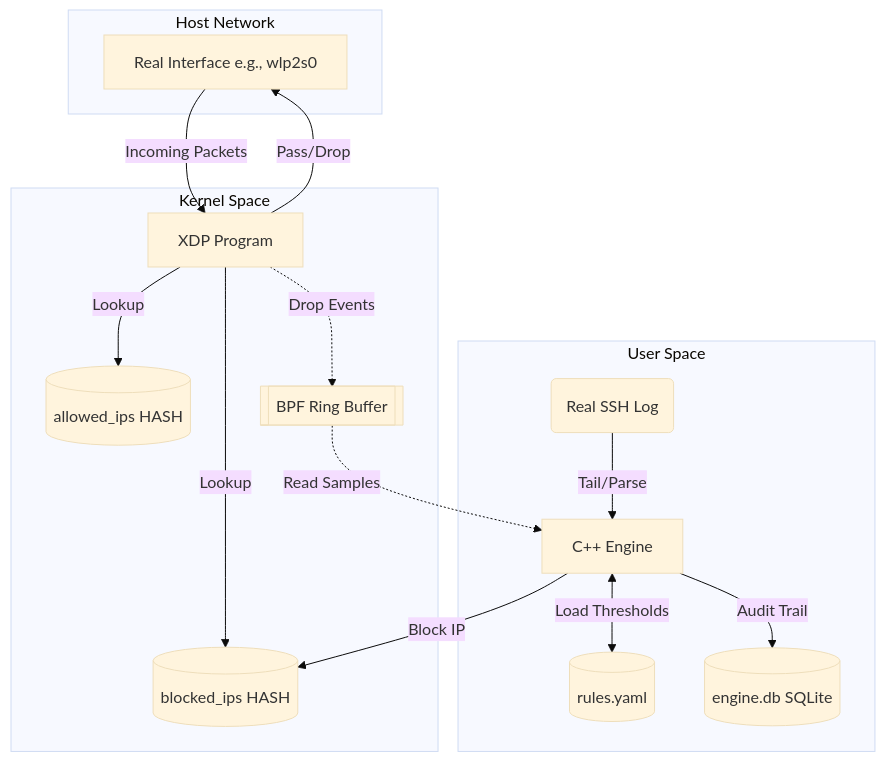
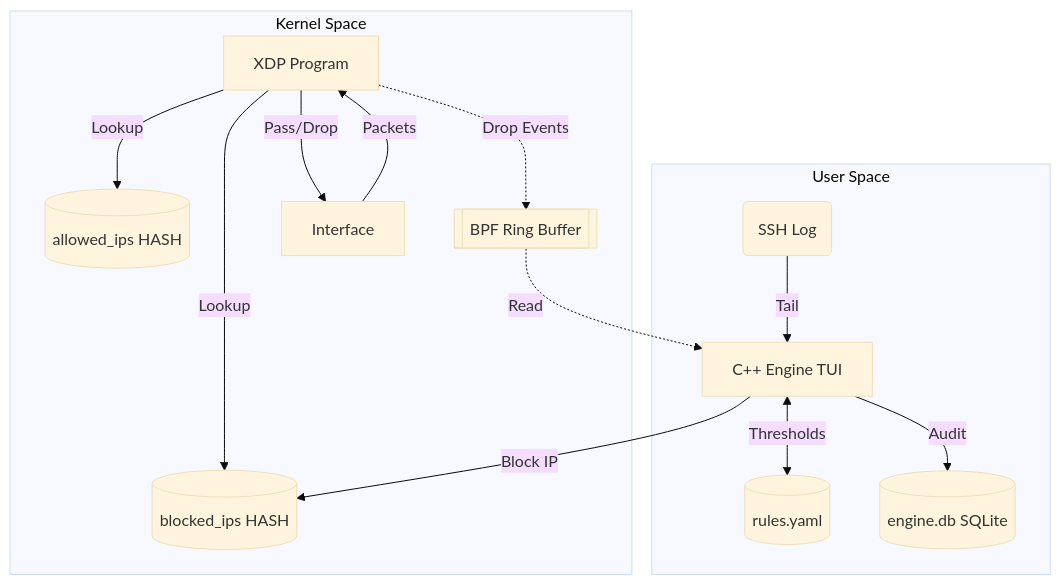
The diagram in README.md (v1shad/xdp-intrusion-mitigation-engine-review2), drawn with Mermaid (base theme) before and after one commit. The commit also changed other lines of this file and 10 other files, not shown here.

````diff
--- a/README.md
+++ b/README.md
@@ -23,32 +75,28 @@
 ```mermaid
 flowchart TD
-    subgraph Host Network
-        NIC[Real Interface e.g., wlp2s0]
-    end
-
     subgraph Kernel Space
         XDP[XDP Program]
         AllowedMap[(allowed_ips HASH)]
         BlockedMap[(blocked_ips HASH)]
         RingBuf[[BPF Ring Buffer]]
         
-        NIC -->|Incoming Packets| XDP
+        NIC[Interface] -->|Packets| XDP
         XDP -->|Lookup| AllowedMap
         XDP -->|Lookup| BlockedMap
         XDP -.->|Drop Events| RingBuf
         XDP -->|Pass/Drop| NIC
     end
 
     subgraph User Space
-        LogFile(Real SSH Log)
-        Daemon[C++ Engine]
+        LogFile(SSH Log)
+        Daemon[C++ Engine TUI]
         Rules[(rules.yaml)]
         DB[(engine.db SQLite)]
         
-        LogFile -->|Tail/Parse| Daemon
-        Daemon <-->|Load Thresholds| Rules
-        RingBuf -.->|Read Samples| Daemon
+        LogFile -->|Tail| Daemon
+        Daemon <-->|Thresholds| Rules
+        RingBuf -.->|Read| Daemon
         Daemon -->|Block IP| BlockedMap
-        Daemon -->|Audit Trail| DB
+        Daemon -->|Audit| DB
     end
 ```
````
